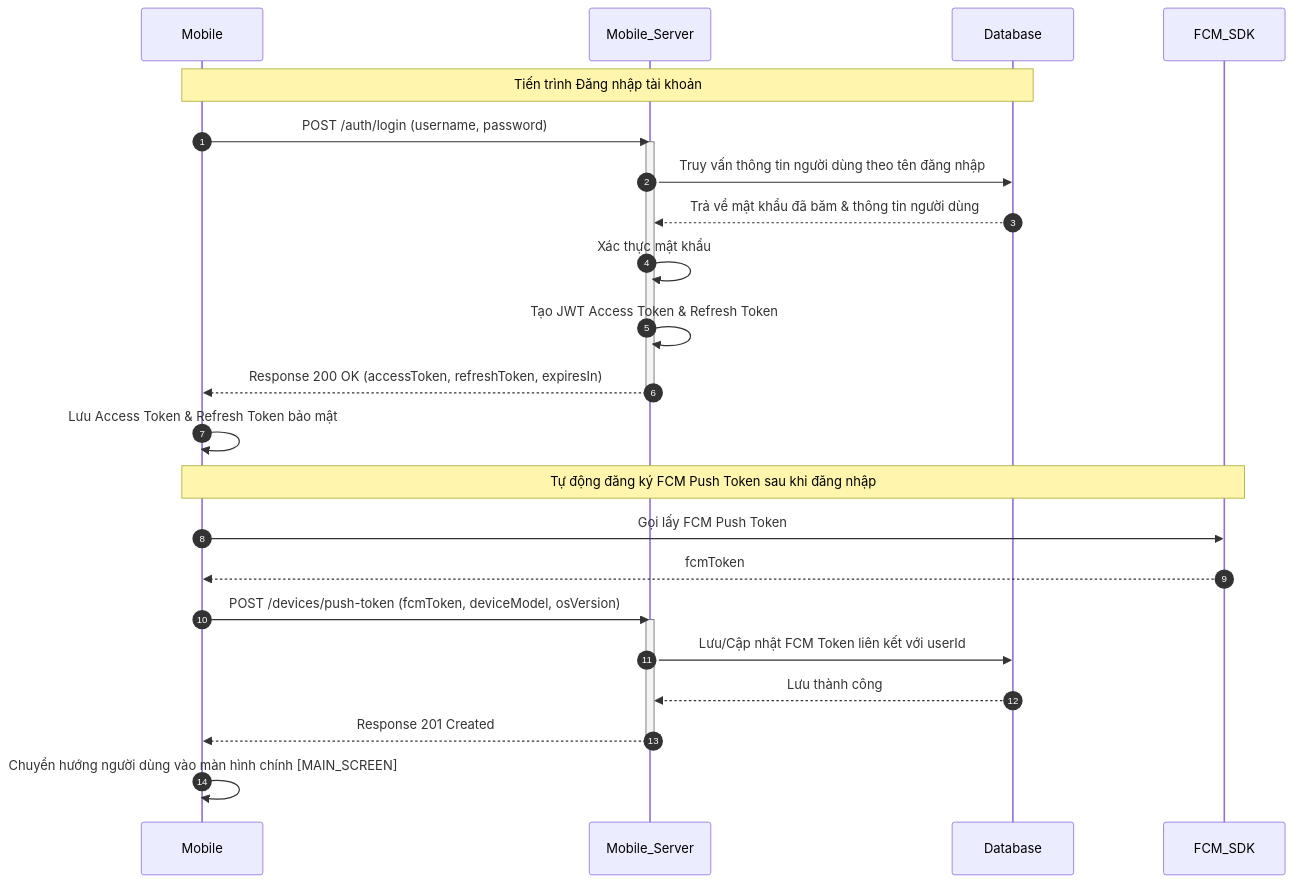
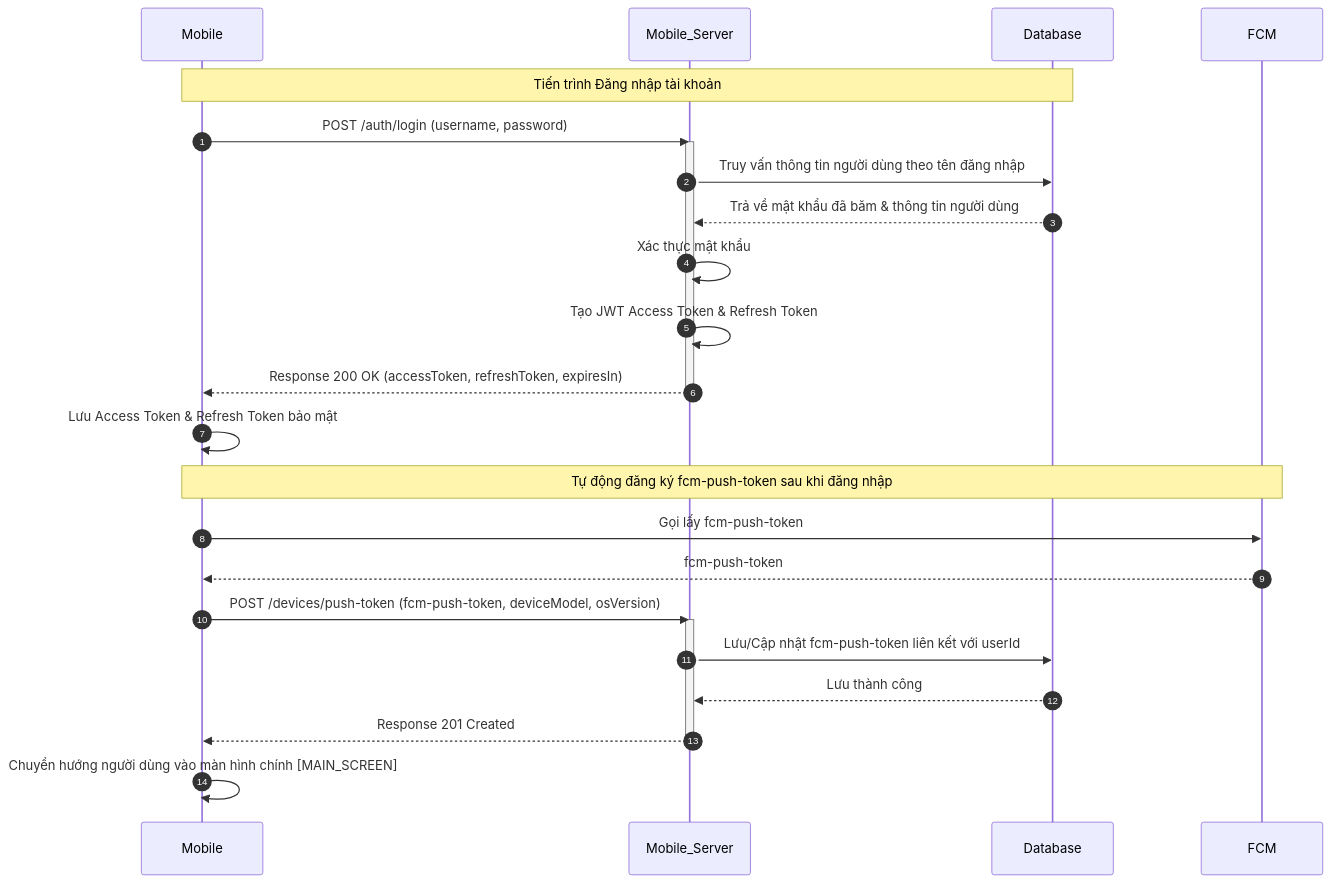
One commit to trungnguyenthien/Wildlife-Warning-and-Deterrence-System changed the third of 20 diagrams in docs/04-sequence-diagram.md. Above: the diagram before and after it, drawn with Mermaid. The commit also changed other lines of this file, not shown here.

Commit message:
docs: update sequence diagram to reflect revised component interactions

````diff
--- a/docs/04-sequence-diagram.md
+++ b/docs/04-sequence-diagram.md
@@ -178,31 +178,31 @@
 ```mermaid
 sequenceDiagram
     autonumber
     participant Mobile as Mobile
     participant Mobile_Server as Mobile_Server
     participant Database as Database
-    participant FCM_SDK as FCM_SDK
+    participant FCM as FCM
 
     Note over Mobile, Database: Tiến trình Đăng nhập tài khoản
     Mobile->>Mobile_Server: POST /auth/login (username, password)
     activate Mobile_Server
     Mobile_Server->>Database: Truy vấn thông tin người dùng theo tên đăng nhập
     Database-->>Mobile_Server: Trả về mật khẩu đã băm & thông tin người dùng
     Mobile_Server->>Mobile_Server: Xác thực mật khẩu
     Mobile_Server->>Mobile_Server: Tạo JWT Access Token & Refresh Token
     Mobile_Server-->>Mobile: Response 200 OK (accessToken, refreshToken, expiresIn)
     deactivate Mobile_Server
 
     Mobile->>Mobile: Lưu Access Token & Refresh Token bảo mật
 
-    Note over Mobile, FCM_SDK: Tự động đăng ký FCM Push Token sau khi đăng nhập
-    Mobile->>FCM_SDK: Gọi lấy FCM Push Token
-    FCM_SDK-->>Mobile: fcmToken
-    Mobile->>Mobile_Server: POST /devices/push-token (fcmToken, deviceModel, osVersion)
+    Note over Mobile, FCM: Tự động đăng ký fcm-push-token sau khi đăng nhập
+    Mobile->>FCM: Gọi lấy fcm-push-token
+    FCM-->>Mobile: fcm-push-token
+    Mobile->>Mobile_Server: POST /devices/push-token (fcm-push-token, deviceModel, osVersion)
     activate Mobile_Server
-    Mobile_Server->>Database: Lưu/Cập nhật FCM Token liên kết với userId
+    Mobile_Server->>Database: Lưu/Cập nhật fcm-push-token liên kết với userId
     Database-->>Mobile_Server: Lưu thành công
     Mobile_Server-->>Mobile: Response 201 Created
     deactivate Mobile_Server
     Mobile->>Mobile: Chuyển hướng người dùng vào màn hình chính [MAIN_SCREEN]
 ```
````
